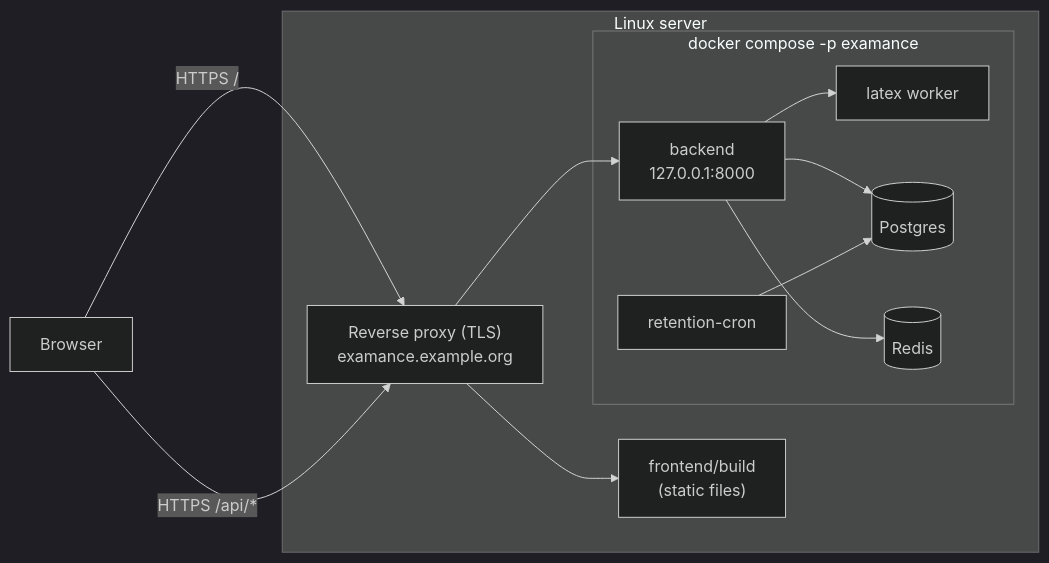
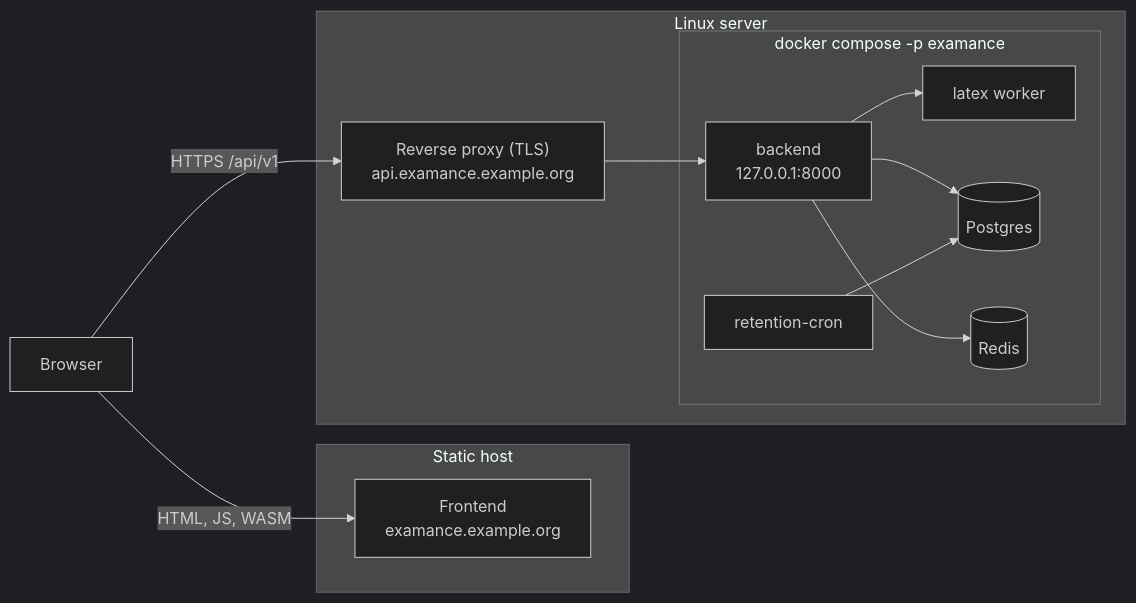
One commit to ValentinHerrmann/Examance changed the first of 2 diagrams in docs/hosting.md. Above: the diagram before and after it, drawn with Mermaid (dark theme). The commit also changed other lines of this file and 42 other files, not shown here.

First line of the commit message:
API at api.<frontend host> or PUBLIC_API_URL instead of a Pages Function (#198)

````diff
--- a/docs/hosting.md
+++ b/docs/hosting.md
@@ -7,21 +7,23 @@
 ```mermaid
 flowchart LR
   B["Browser"]
+  subgraph FH["Static host"]
+    FE["Frontend<br/>examance.example.org"]
+  end
   subgraph S["Linux server"]
-    RP["Reverse proxy (TLS)<br/>examance.example.org"]
-    FE["frontend/build<br/>(static files)"]
+    RP["Reverse proxy (TLS)<br/>api.examance.example.org"]
     subgraph C["docker compose -p examance"]
       BE["backend<br/>127.0.0.1:8000"]
       LX["latex worker"]
       DB[("Postgres")]
       RD[("Redis")]
       RC["retention-cron"]
     end
   end
-  B -->|"HTTPS /"| RP --> FE
-  B -->|"HTTPS /api/*"| RP --> BE
+  B -->|"HTML, JS, WASM"| FE
+  B -->|"HTTPS /api/v1"| RP --> BE
   BE --> LX
   BE --> DB
   BE --> RD
   RC --> DB
 ```
````
